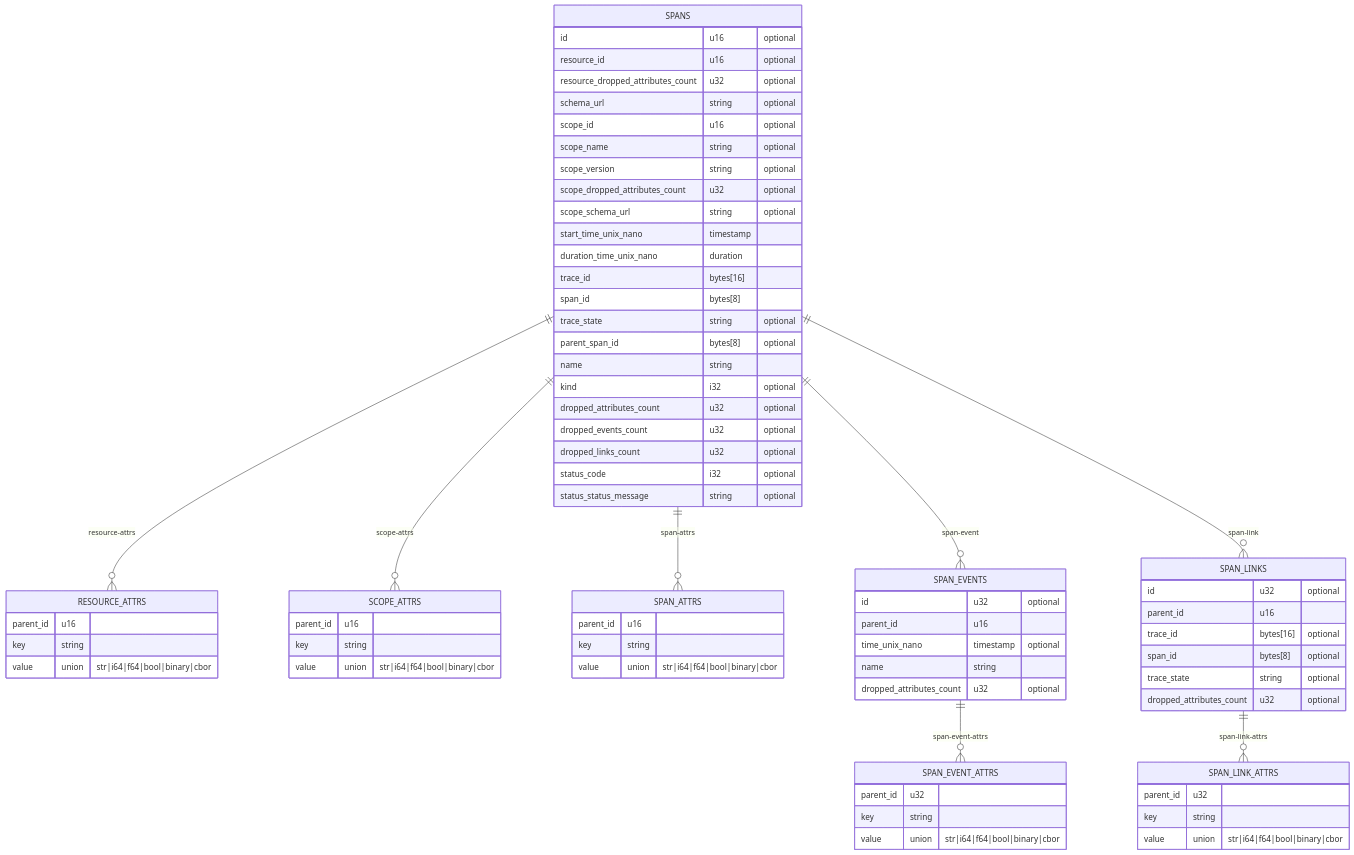
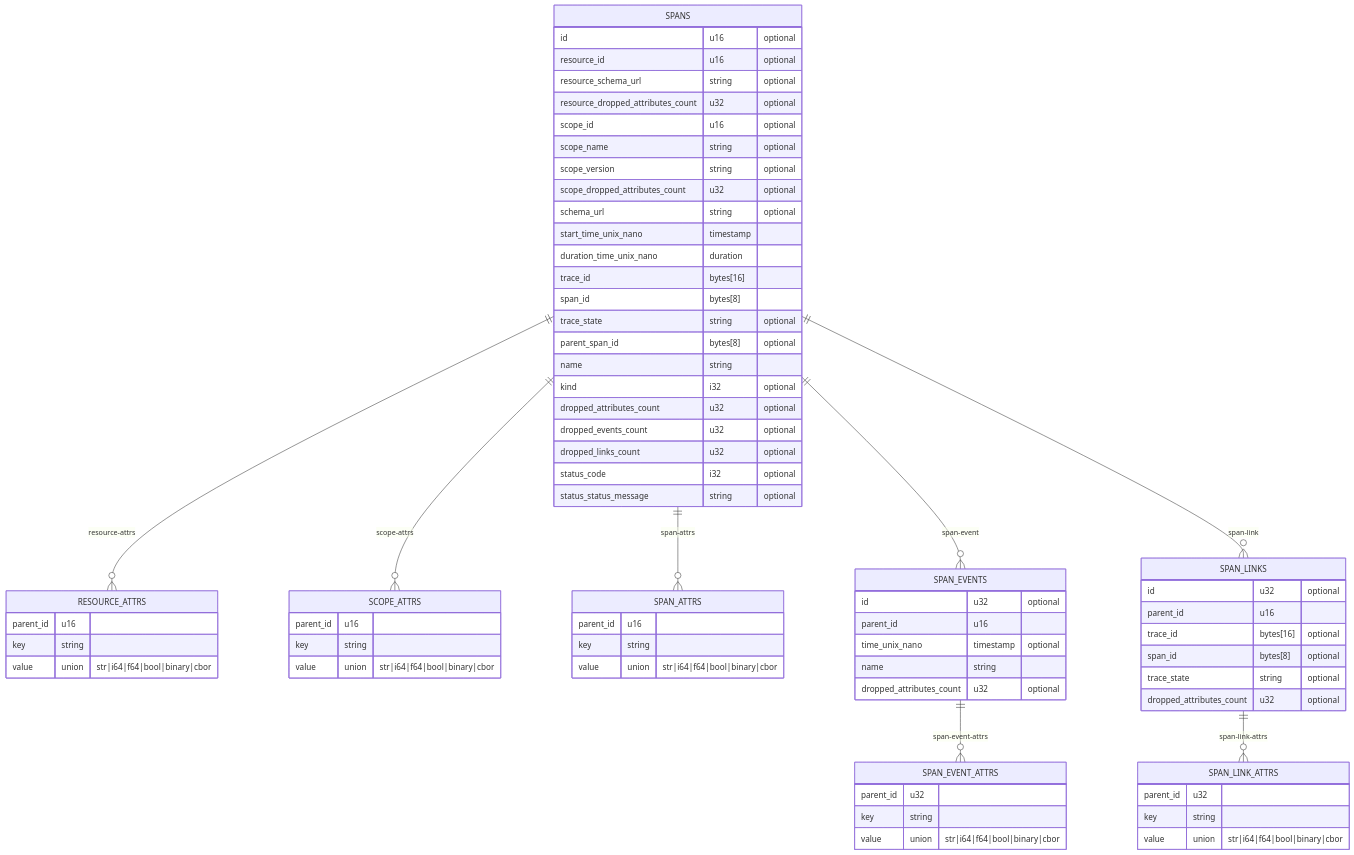
The third of 3 diagrams in docs/data_model.md (f5/otel-arrow-adapter), drawn with Mermaid before and after one commit. The commit also changed other lines of this file and 28 other files, not shown here.

````diff
--- a/docs/data_model.md
+++ b/docs/data_model.md
@@ -271,74 +268,74 @@
 ```mermaid
 erDiagram
     SPANS ||--o{ RESOURCE_ATTRS : resource-attrs
     SPANS ||--o{ SCOPE_ATTRS : scope-attrs
     SPANS ||--o{ SPAN_ATTRS : span-attrs
     SPANS ||--o{ SPAN_EVENTS : span-event
     SPANS ||--o{ SPAN_LINKS : span-link
     SPAN_EVENTS ||--o{ SPAN_EVENT_ATTRS : span-event-attrs
     SPAN_LINKS ||--o{ SPAN_LINK_ATTRS : span-link-attrs
+    SPAN_EVENT_ATTRS{
+        parent_id u32
+        key string
+        value union "str|i64|f64|bool|binary|cbor"
+    }
+    SPAN_LINK_ATTRS{
+        parent_id u32
+        key string
+        value union "str|i64|f64|bool|binary|cbor"
+    }
+    SPANS{
+        id u16 "optional"
+        resource_id u16 "optional"
+        resource_schema_url string "optional"
+        resource_dropped_attributes_count u32 "optional"
+        scope_id u16 "optional"
+        scope_name string "optional"
+        scope_version string "optional"
+        scope_dropped_attributes_count u32 "optional"
+        schema_url string "optional"
+        start_time_unix_nano timestamp
+        duration_time_unix_nano duration
+        trace_id bytes[16]
+        span_id bytes[8]
+        trace_state string "optional"
+        parent_span_id bytes[8] "optional"
+        name string
+        kind i32 "optional"
+        dropped_attributes_count u32 "optional"
+        dropped_events_count u32 "optional"
+        dropped_links_count u32 "optional"
+        status_code i32 "optional"
+        status_status_message string "optional"
+    }
+    RESOURCE_ATTRS{
+        parent_id u16
+        key string
+        value union "str|i64|f64|bool|binary|cbor"
+    }
     SCOPE_ATTRS{
         parent_id u16
         key string
         value union "str|i64|f64|bool|binary|cbor"
     }
     SPAN_ATTRS{
         parent_id u16
         key string
         value union "str|i64|f64|bool|binary|cbor"
     }
     SPAN_EVENTS{
         id u32 "optional"
         parent_id u16
         time_unix_nano timestamp "optional"
         name string
         dropped_attributes_count u32 "optional"
     }
     SPAN_LINKS{
         id u32 "optional"
         parent_id u16
         trace_id bytes[16] "optional"
         span_id bytes[8] "optional"
         trace_state string "optional"
         dropped_attributes_count u32 "optional"
     }
-    SPAN_EVENT_ATTRS{
-        parent_id u32
-        key string
-        value union "str|i64|f64|bool|binary|cbor"
-    }
-    SPAN_LINK_ATTRS{
-        parent_id u32
-        key string
-        value union "str|i64|f64|bool|binary|cbor"
-    }
-    SPANS{
-        id u16 "optional"
-        resource_id u16 "optional"
-        resource_dropped_attributes_count u32 "optional"
-        schema_url string "optional"
-        scope_id u16 "optional"
-        scope_name string "optional"
-        scope_version string "optional"
-        scope_dropped_attributes_count u32 "optional"
-        scope_schema_url string "optional"
-        start_time_unix_nano timestamp
-        duration_time_unix_nano duration
-        trace_id bytes[16]
-        span_id bytes[8]
-        trace_state string "optional"
-        parent_span_id bytes[8] "optional"
-        name string
-        kind i32 "optional"
-        dropped_attributes_count u32 "optional"
-        dropped_events_count u32 "optional"
-        dropped_links_count u32 "optional"
-        status_code i32 "optional"
-        status_status_message string "optional"
-    }
-    RESOURCE_ATTRS{
-        parent_id u16
-        key string
-        value union "str|i64|f64|bool|binary|cbor"
-    }
 ```
````
